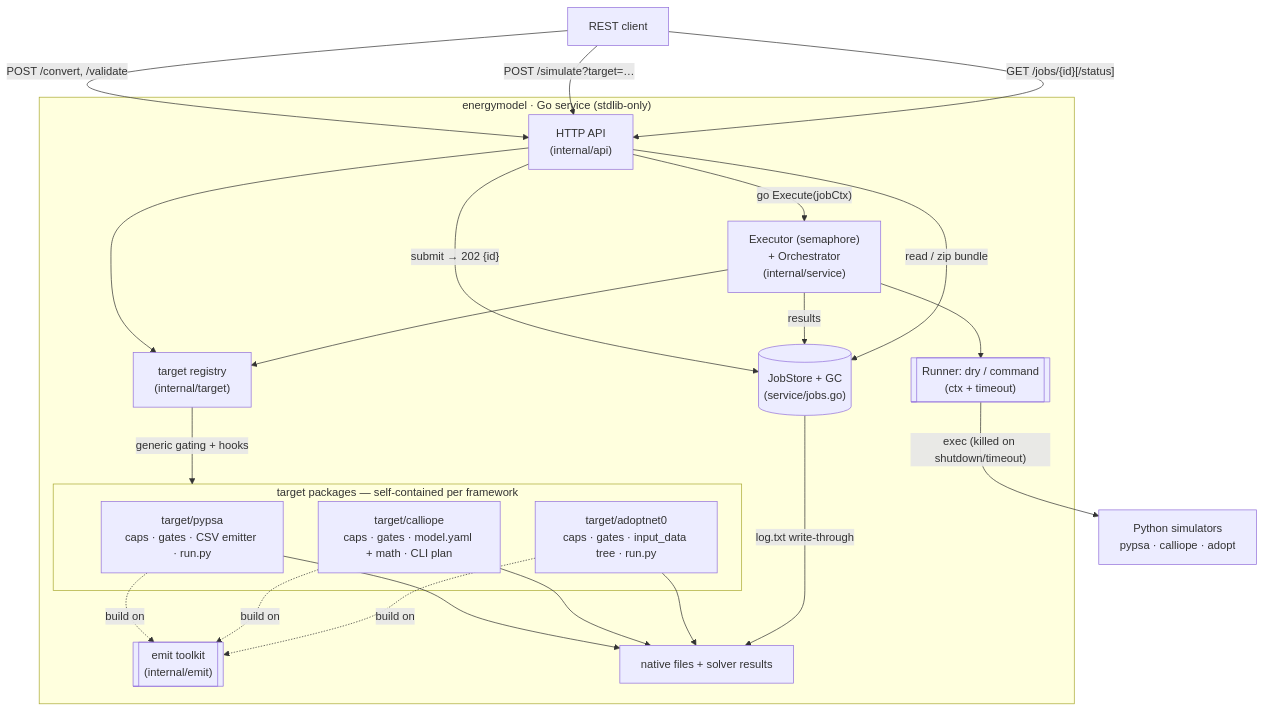
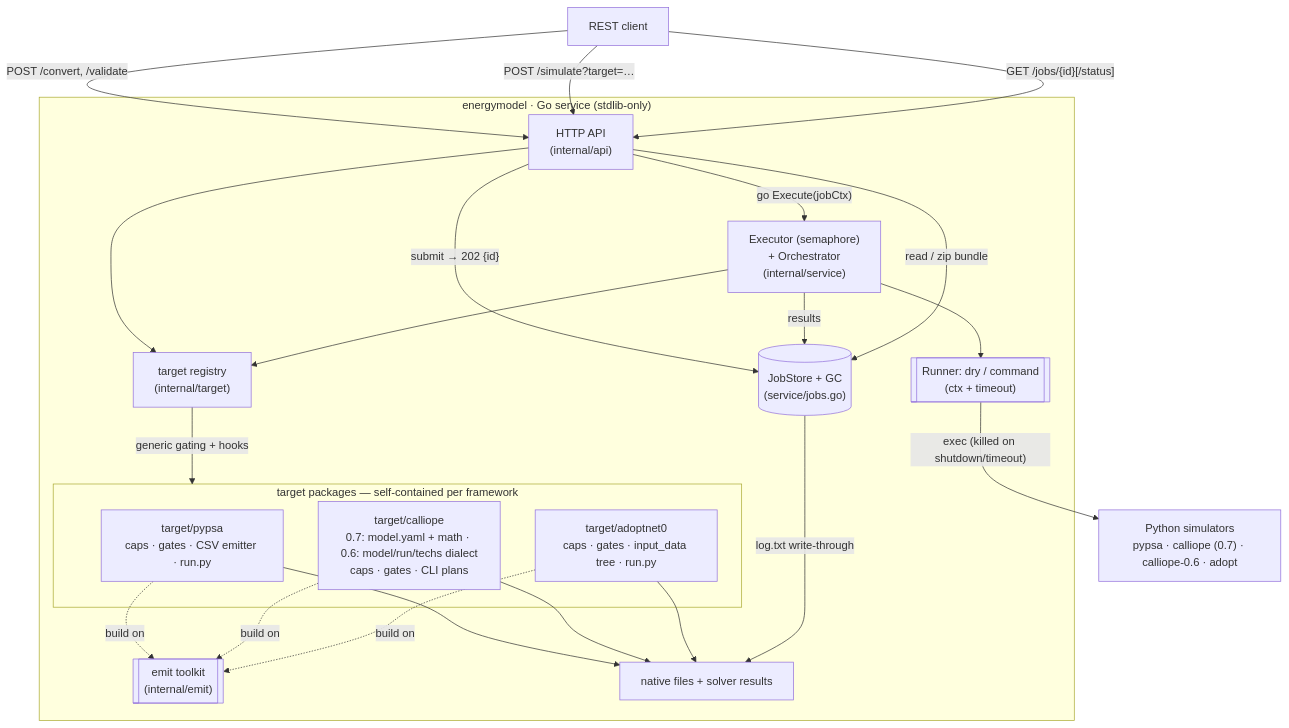
The first of 4 diagrams in README.md (enerplanet/meme), drawn with Mermaid before and after one commit. The commit also changed other lines of this file and 4 other files, not shown here.

````diff
--- a/README.md
+++ b/README.md
@@ -199,39 +210,39 @@
 ```mermaid
 flowchart TD
   Client["REST client"]
 
   subgraph Service["energymodel · Go service (stdlib-only)"]
     API["HTTP API<br/>(internal/api)"]
     REG["target registry<br/>(internal/target)"]
     subgraph TGT["target packages — self-contained per framework"]
       PY["target/pypsa<br/>caps · gates · CSV emitter · run.py"]
-      CA["target/calliope<br/>caps · gates · model.yaml + math · CLI plan"]
+      CA["target/calliope<br/>0.7: model.yaml + math · 0.6: model/run/techs dialect<br/>caps · gates · CLI plans"]
       AD["target/adoptnet0<br/>caps · gates · input_data tree · run.py"]
     end
     KIT[["emit toolkit<br/>(internal/emit)"]]
     FILES["native files + solver results"]
     STORE[("JobStore + GC<br/>(service/jobs.go)")]
     EXEC["Executor (semaphore)<br/>+ Orchestrator<br/>(internal/service)"]
     RUN[["Runner: dry / command<br/>(ctx + timeout)"]]
   end
 
-  SIM["Python simulators<br/>pypsa · calliope · adopt"]
+  SIM["Python simulators<br/>pypsa · calliope (0.7) · calliope-0.6 · adopt"]
 
   Client -->|"POST /convert, /validate"| API
   Client -->|"POST /simulate?target=…"| API
   Client -->|"GET /jobs/{id}[/status]"| API
 
   API --> REG
   REG -->|"generic gating + hooks"| TGT
   PY & CA & AD -. build on .-> KIT
   PY & CA & AD --> FILES
 
   API -->|"submit → 202 {id}"| STORE
   API -->|"go Execute(jobCtx)"| EXEC
   EXEC --> REG
   EXEC --> RUN
   RUN -->|"exec (killed on shutdown/timeout)"| SIM
   EXEC -->|results| STORE
   STORE -->|log.txt write-through| FILES
   API -->|read / zip bundle| STORE
 ```
````
